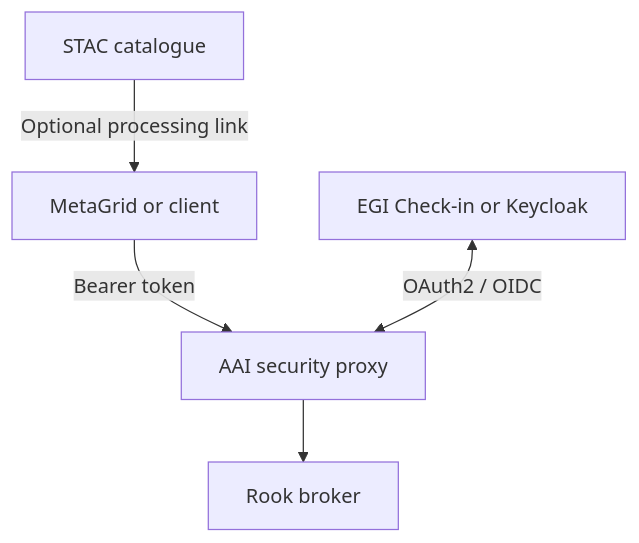
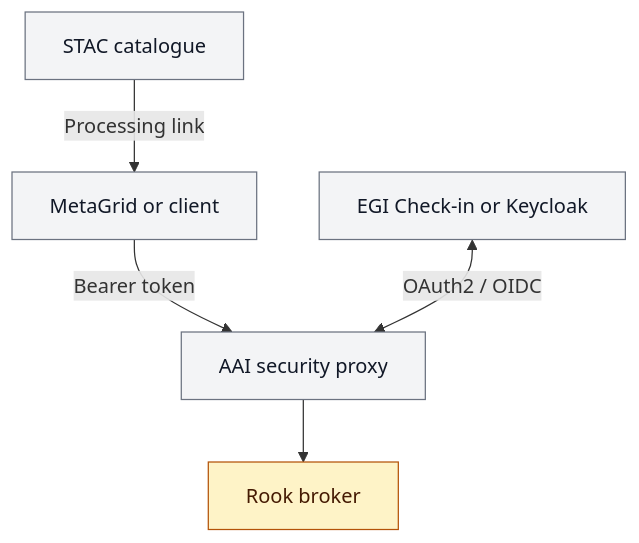
The sixth of 11 diagrams in Rook_WPS_ESGF2_talk_draft.md (roocs/rook), drawn with Mermaid before and after one commit. The commit also changed other lines of this file and 12 other files, not shown here.

````diff
--- a/Rook_WPS_ESGF2_talk_draft.md
+++ b/Rook_WPS_ESGF2_talk_draft.md
@@ -254,7 +293,11 @@
 ```mermaid
 flowchart TD
-    STAC["STAC catalogue"] -->|"Optional processing link"| Portal["MetaGrid or client"]
+    STAC["STAC catalogue"] -->|"Processing link"| Portal["MetaGrid or client"]
     Portal -->|"Bearer token"| Proxy["AAI security proxy"]
     Identity["EGI Check-in or Keycloak"] <-->|"OAuth2 / OIDC"| Proxy
     Proxy --> Broker["Rook broker"]
+    classDef default fill:#f3f4f6,stroke:#6b7280,color:#111827
+    classDef rook fill:#dbeafe,stroke:#2563eb,color:#172554
+    classDef new fill:#fef3c7,stroke:#b45309,color:#451a03
+    class Broker new
 ```
````
